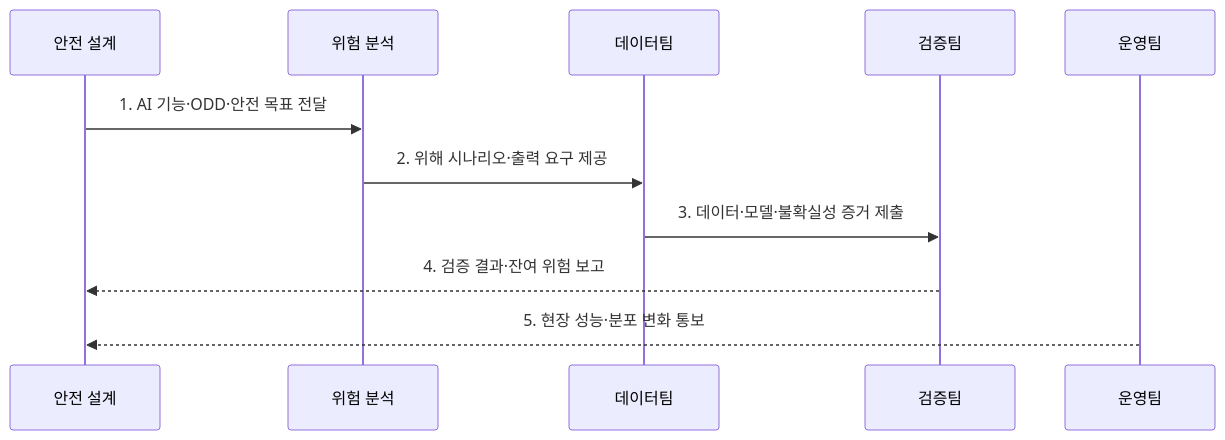
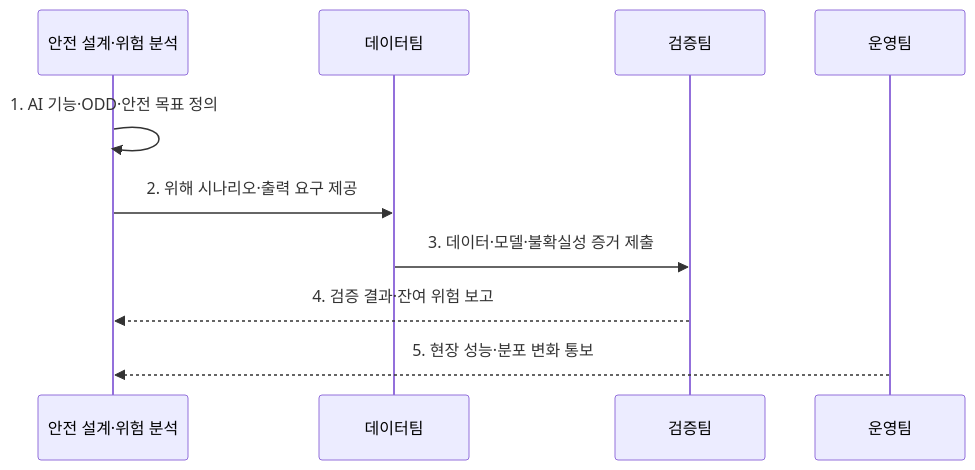
Before and after one commit to agnusdei1207/knowledge-base: the second of 2 diagrams in src/content/docs/notes/07-law-policy/044_iso_pas_8800.md, drawn with Mermaid. The commit also changed other lines of this file, not shown here.

Commit message:
Simplify ISO PAS 8800 safety flow

````diff
--- a/src/content/docs/notes/07-law-policy/044_iso_pas_8800.md
+++ b/src/content/docs/notes/07-law-policy/044_iso_pas_8800.md
@@ -92,13 +92,12 @@
 ```mermaid
 sequenceDiagram
-    participant E as 안전 설계
-    participant A as 위험 분석
+    participant S as 안전 설계·위험 분석
     participant D as 데이터팀
     participant V as 검증팀
     participant O as 운영팀
-    E->>A: 1. AI 기능·ODD·안전 목표 전달
-    A->>D: 2. 위해 시나리오·출력 요구 제공
+    S->>S: 1. AI 기능·ODD·안전 목표 정의
+    S->>D: 2. 위해 시나리오·출력 요구 제공
     D->>V: 3. 데이터·모델·불확실성 증거 제출
-    V-->>E: 4. 검증 결과·잔여 위험 보고
-    O-->>E: 5. 현장 성능·분포 변화 통보
+    V-->>S: 4. 검증 결과·잔여 위험 보고
+    O-->>S: 5. 현장 성능·분포 변화 통보
 ```
````
